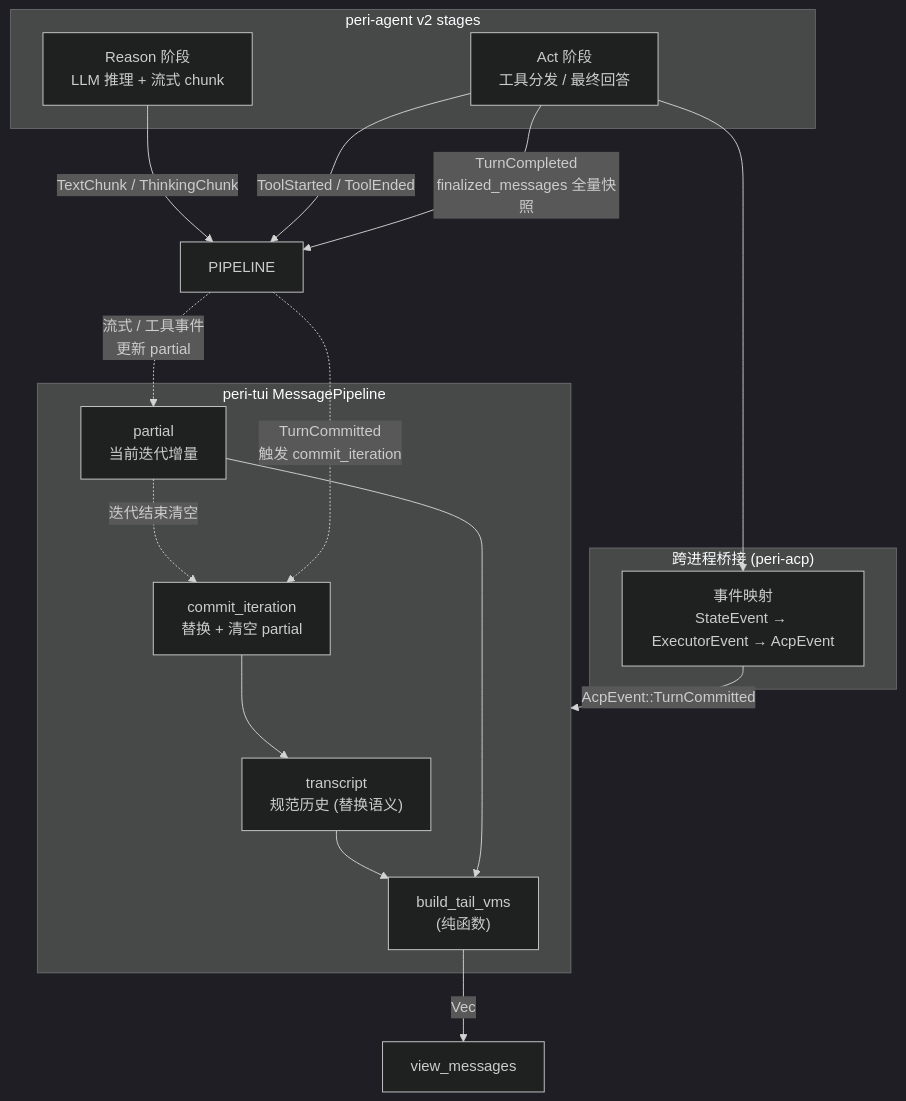
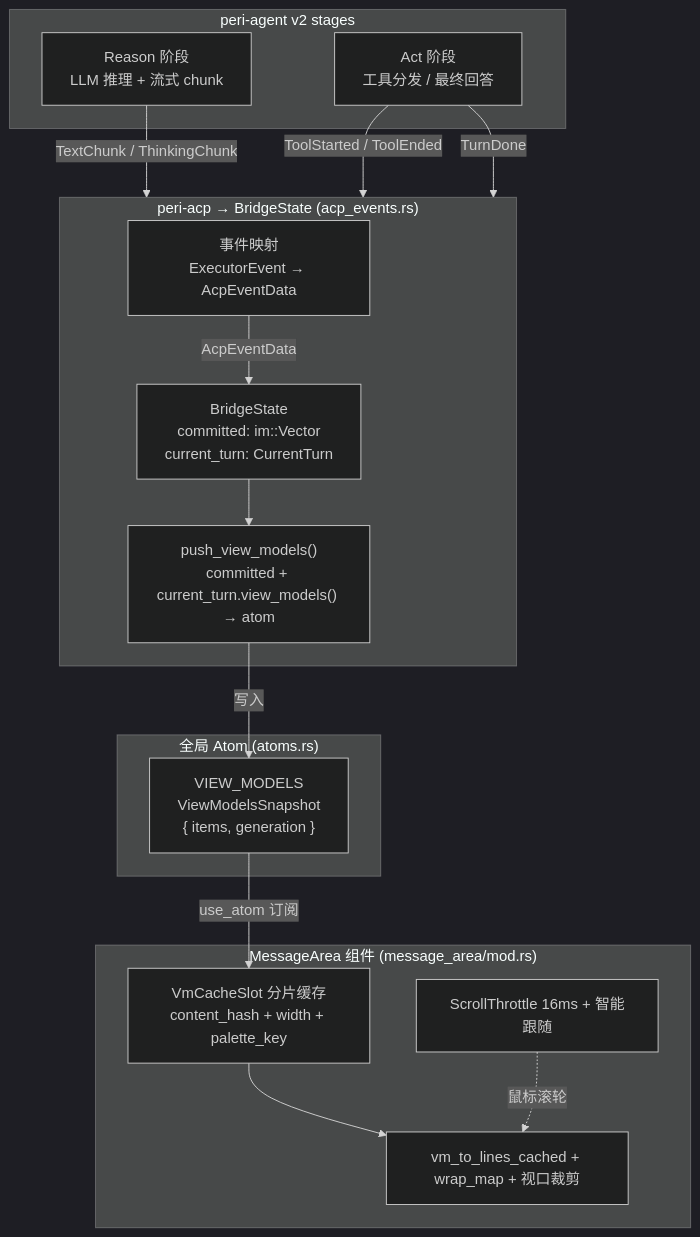
One commit to KonghaYao/peri changed the first of 2 diagrams in docs/design/peri-tui-message-pipeline-v2.md. Above: the diagram before and after it, drawn with Mermaid (dark theme). The commit also changed other lines of this file and 22 other files, not shown here.

````diff
--- a/docs/design/peri-tui-message-pipeline-v2.md
+++ b/docs/design/peri-tui-message-pipeline-v2.md
@@ -19,35 +18,36 @@
 ```mermaid
 graph TB
     subgraph V2["peri-agent v2 stages"]
         REASON["Reason 阶段<br/>LLM 推理 + 流式 chunk"]
         ACT["Act 阶段<br/>工具分发 / 最终回答"]
     end
 
-    REASON -->|"TextChunk / ThinkingChunk"| PIPELINE
-    ACT -->|"ToolStarted / ToolEnded"| PIPELINE
-    ACT -->|"TurnCompleted<br/>finalized_messages 全量快照"| PIPELINE
+    REASON -->|"TextChunk / ThinkingChunk"| BRIDGE
+    ACT -->|"ToolStarted / ToolEnded"| BRIDGE
+    ACT -->|"TurnDone"| BRIDGE
 
-    subgraph BRIDGE["跨进程桥接 (peri-acp)"]
-        MAPPER["事件映射<br/>StateEvent → ExecutorEvent → AcpEvent"]
+    subgraph BRIDGE["peri-acp → BridgeState (acp_events.rs)"]
+        MAPPER["事件映射<br/>ExecutorEvent → AcpEventData"]
+        STATE["BridgeState<br/>committed: im::Vector<TuiRenderUnit><br/>current_turn: CurrentTurn"]
+        PUSH["push_view_models()<br/>committed + current_turn.view_models() → atom"]
     end
 
-    ACT --> MAPPER
-    MAPPER -->|"AcpEvent::TurnCommitted"| TUI
+    MAPPER -->|"AcpEventData"| STATE
+    STATE --> PUSH
 
-    subgraph TUI["peri-tui MessagePipeline"]
-        TRANSCRIPT["transcript<br/>规范历史 (替换语义)"]
-        PARTIAL["partial<br/>当前迭代增量"]
-        COMMIT["commit_iteration<br/>替换 + 清空 partial"]
-        RENDER["build_tail_vms<br/>(纯函数)"]
-
-        COMMIT --> TRANSCRIPT
-        PARTIAL -.->|"迭代结束清空"| COMMIT
-        TRANSCRIPT --> RENDER
-        PARTIAL --> RENDER
+    subgraph ATOM["全局 Atom (atoms.rs)"]
+        VM["VIEW_MODELS<br/>ViewModelsSnapshot<br/>{ items, generation }"]
     end
 
-    PIPELINE -.->|"流式 / 工具事件<br/>更新 partial"| PARTIAL
-    PIPELINE -.->|"TurnCommitted<br/>触发 commit_iteration"| COMMIT
+    PUSH -->|"写入"| VM
 
-    RENDER -->|"Vec<MessageViewModel>"| VIEW["view_messages"]
+    subgraph TUI["MessageArea 组件 (message_area/mod.rs)"]
+        CACHE["VmCacheSlot 分片缓存<br/>content_hash + width + palette_key"]
+        RENDER["vm_to_lines_cached + wrap_map + 视口裁剪"]
+        SCROLL["ScrollThrottle 16ms + 智能跟随"]
+    end
+
+    VM -->|"use_atom 订阅"| CACHE
+    CACHE --> RENDER
+    SCROLL -.->|"鼠标滚轮"| RENDER
 ```
````
